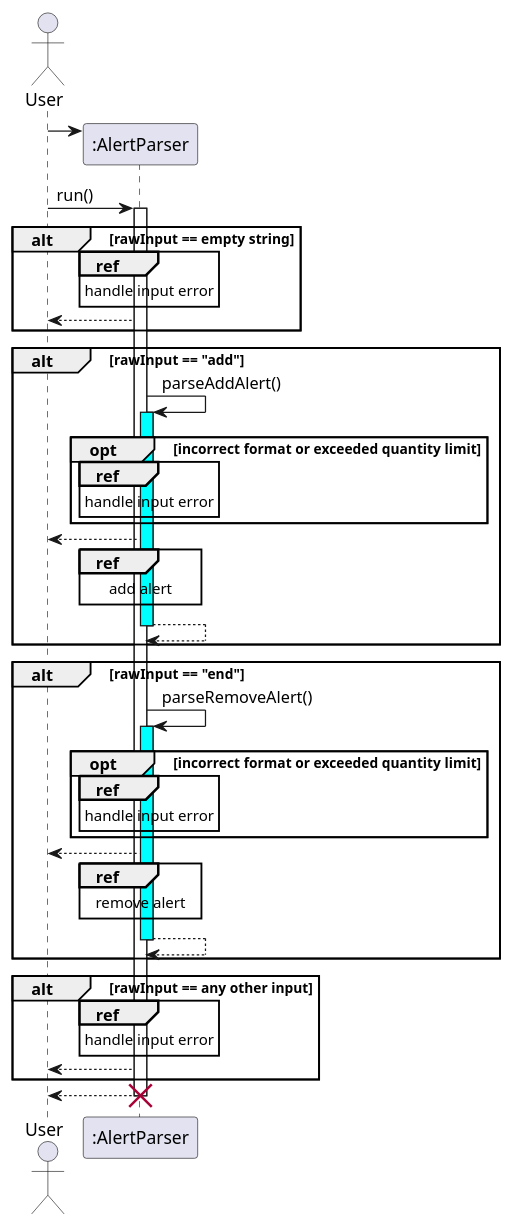
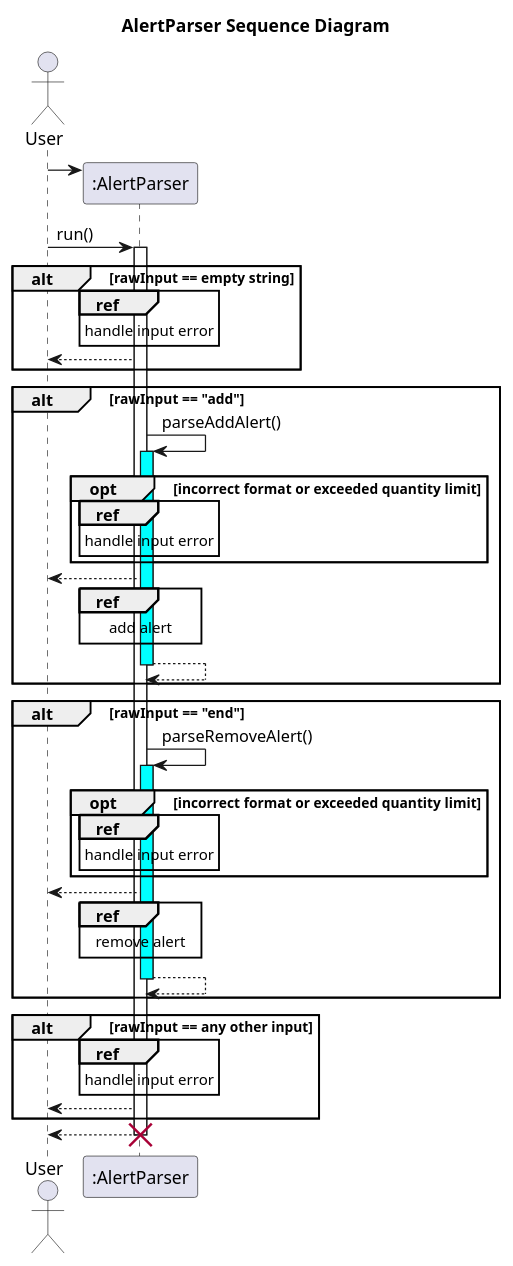
One commit to nus-cs2113-AY2223S2/tp changed the diagram in docs/UML/Alert/AlertParser.puml. Above: the diagram before and after it, drawn with PlantUML. The commit also changed 5 other files, not shown here.

Commit message:
Update DG and alert diagrams

```diff
--- a/docs/UML/Alert/AlertParser.puml
+++ b/docs/UML/Alert/AlertParser.puml
@@ -1,67 +1,68 @@
 @startuml
 'https://plantuml.com/sequence-diagram
+title AlertParser Sequence Diagram
 
 actor User
 participant ":AlertParser"
 User -> ":AlertParser" **
 
 User -> ":AlertParser": run()
 activate ":AlertParser"
 
 alt rawInput == empty string
     ref over ":AlertParser"
         handle input error
     end
     ":AlertParser" --> User
 
 end
 
 
 
 alt rawInput == "add"
 
     ":AlertParser" -> ":AlertParser": parseAddAlert()
     activate ":AlertParser" #cyan
         opt incorrect format or exceeded quantity limit
             ref over ":AlertParser"
                 handle input error
             end ref
         end
 
     ":AlertParser" --> User
         ref over ":AlertParser"
             add alert
         end ref
     return
  end
 
 
 alt rawInput == "end"
 
     ":AlertParser" -> ":AlertParser": parseRemoveAlert()
      activate ":AlertParser" #cyan
         opt incorrect format or exceeded quantity limit
             ref over ":AlertParser"
                 handle input error
             end ref
         end
 
     ":AlertParser" --> User
         ref over ":AlertParser"
             remove alert
         end ref
     return
 end
 
 alt rawInput == any other input
    ref over ":AlertParser"
     handle input error
     end ref
     ":AlertParser" --> User
 end
 return
 destroy ":AlertParser"
 
 
 
 @enduml
```
